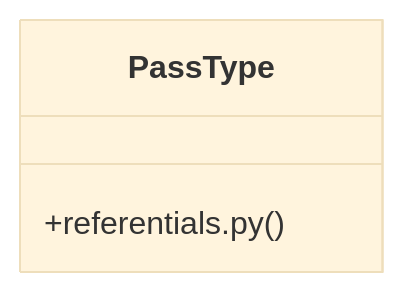
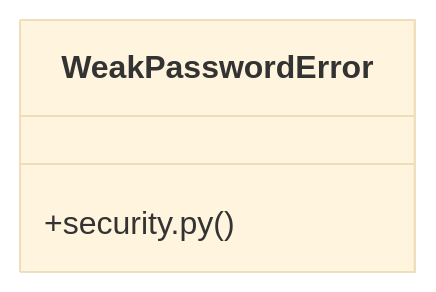
One commit to adjanayo/synca_conf_back changed the diagram in graphify-out/wiki/[PassType_&_register_payload()]_Cluster.md. Above: the diagram before and after it, drawn with Mermaid (base theme). The commit also changed other lines of this file and 37 other files, not shown here.

Commit message:
chore: update graphify knowledge graph

````diff
--- a/graphify-out/wiki/[PassType_&_register_payload()]_Cluster.md
+++ b/graphify-out/wiki/[PassType_&_register_payload()]_Cluster.md
@@ -36,6 +29,6 @@
 ```mermaid
 classDiagram
-    class PassType {
-        +referentials.py()
+    class WeakPasswordError {
+        +security.py()
     }
 ```
````
